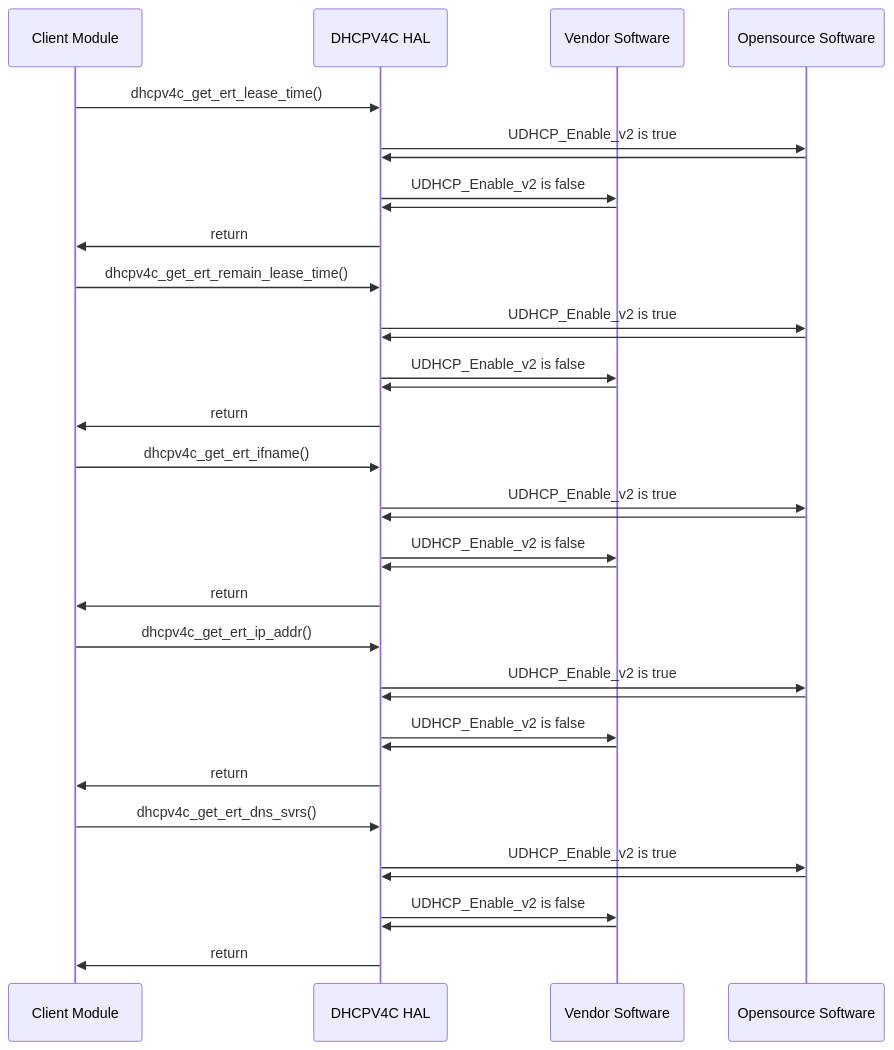
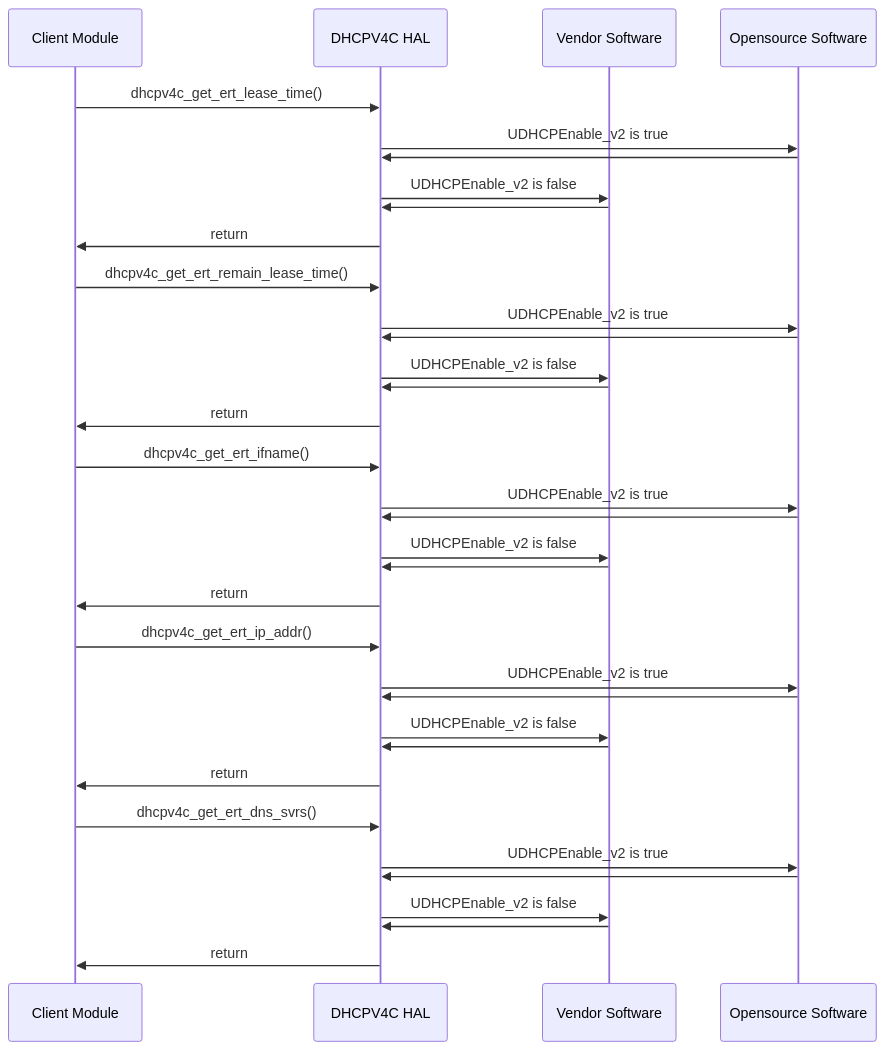
One commit to rdkcentral/rdkb-halif-dhcp changed the diagram in docs/pages/DHCPv4ChalSpec.md. Above: the diagram before and after it, drawn with Mermaid. The commit also changed other lines of this file and 1 other file, not shown here.

Commit message:
RDKB-52499: Update DHCPv4ChalSpec.md and move dhcp6cApi.h to distinct repo.

````diff
--- a/docs/pages/DHCPv4ChalSpec.md
+++ b/docs/pages/DHCPv4ChalSpec.md
@@ -127,41 +127,41 @@
 ```mermaid
 sequenceDiagram
 participant Client Module
 participant DHCPV4C HAL
 participant Vendor Software
 participant Opensource Software
 Client Module->>DHCPV4C HAL: dhcpv4c_get_ert_lease_time()
-DHCPV4C HAL->>Opensource Software: UDHCP_Enable_v2 is true
+DHCPV4C HAL->>Opensource Software: UDHCPEnable_v2 is true
 Opensource Software->>DHCPV4C HAL: 
-DHCPV4C HAL->>Vendor Software: UDHCP_Enable_v2 is false
+DHCPV4C HAL->>Vendor Software: UDHCPEnable_v2 is false
 Vendor Software->>DHCPV4C HAL: 
 DHCPV4C HAL->>Client Module: return
 
 Client Module->>DHCPV4C HAL: dhcpv4c_get_ert_remain_lease_time()
-DHCPV4C HAL->>Opensource Software: UDHCP_Enable_v2 is true
+DHCPV4C HAL->>Opensource Software: UDHCPEnable_v2 is true
 Opensource Software->>DHCPV4C HAL: 
-DHCPV4C HAL->>Vendor Software: UDHCP_Enable_v2 is false
+DHCPV4C HAL->>Vendor Software: UDHCPEnable_v2 is false
 Vendor Software->>DHCPV4C HAL: 
 DHCPV4C HAL->>Client Module: return
 
 Client Module->>DHCPV4C HAL: dhcpv4c_get_ert_ifname()
-DHCPV4C HAL->>Opensource Software: UDHCP_Enable_v2 is true
+DHCPV4C HAL->>Opensource Software: UDHCPEnable_v2 is true
 Opensource Software->>DHCPV4C HAL: 
-DHCPV4C HAL->>Vendor Software: UDHCP_Enable_v2 is false
+DHCPV4C HAL->>Vendor Software: UDHCPEnable_v2 is false
 Vendor Software->>DHCPV4C HAL: 
 DHCPV4C HAL->>Client Module: return
 
 Client Module->>DHCPV4C HAL: dhcpv4c_get_ert_ip_addr()
-DHCPV4C HAL->>Opensource Software: UDHCP_Enable_v2 is true
+DHCPV4C HAL->>Opensource Software: UDHCPEnable_v2 is true
 Opensource Software->>DHCPV4C HAL: 
-DHCPV4C HAL->>Vendor Software: UDHCP_Enable_v2 is false
+DHCPV4C HAL->>Vendor Software: UDHCPEnable_v2 is false
 Vendor Software->>DHCPV4C HAL: 
 DHCPV4C HAL->>Client Module: return
 
 Client Module->>DHCPV4C HAL: dhcpv4c_get_ert_dns_svrs()
-DHCPV4C HAL->>Opensource Software: UDHCP_Enable_v2 is true
+DHCPV4C HAL->>Opensource Software: UDHCPEnable_v2 is true
 Opensource Software->>DHCPV4C HAL: 
-DHCPV4C HAL->>Vendor Software: UDHCP_Enable_v2 is false
+DHCPV4C HAL->>Vendor Software: UDHCPEnable_v2 is false
 Vendor Software->>DHCPV4C HAL: 
 DHCPV4C HAL->>Client Module: return
 ```
````
